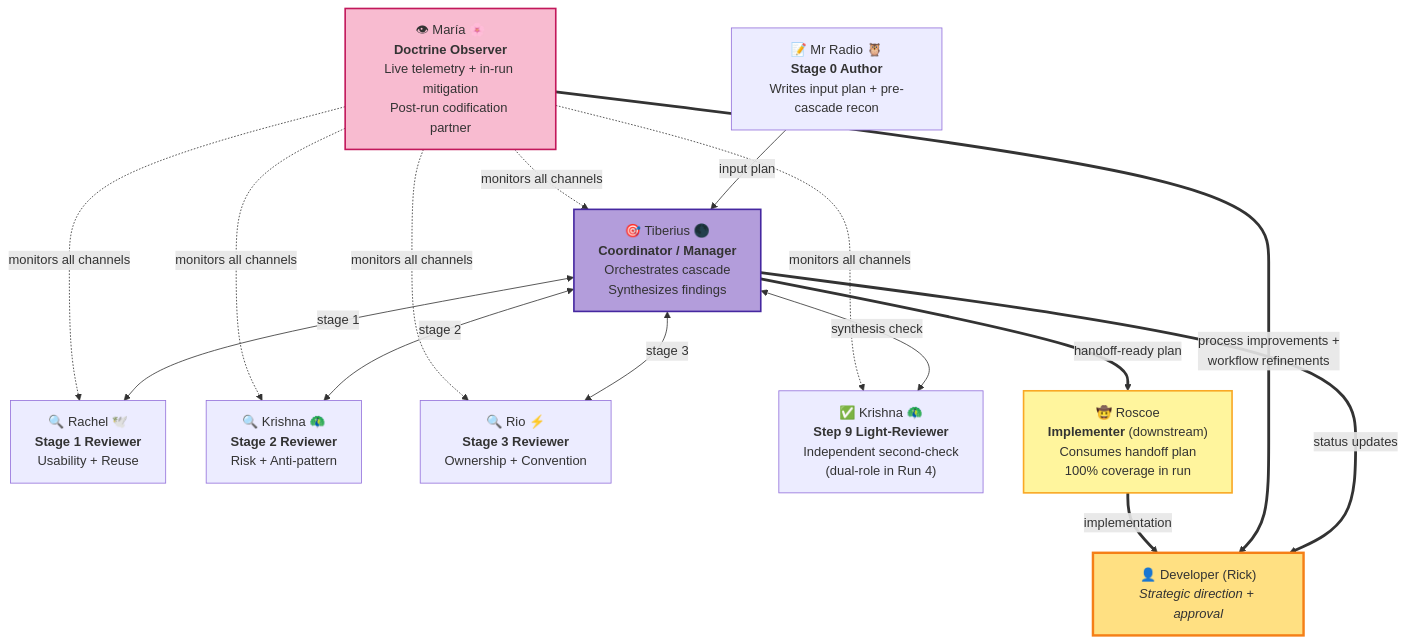
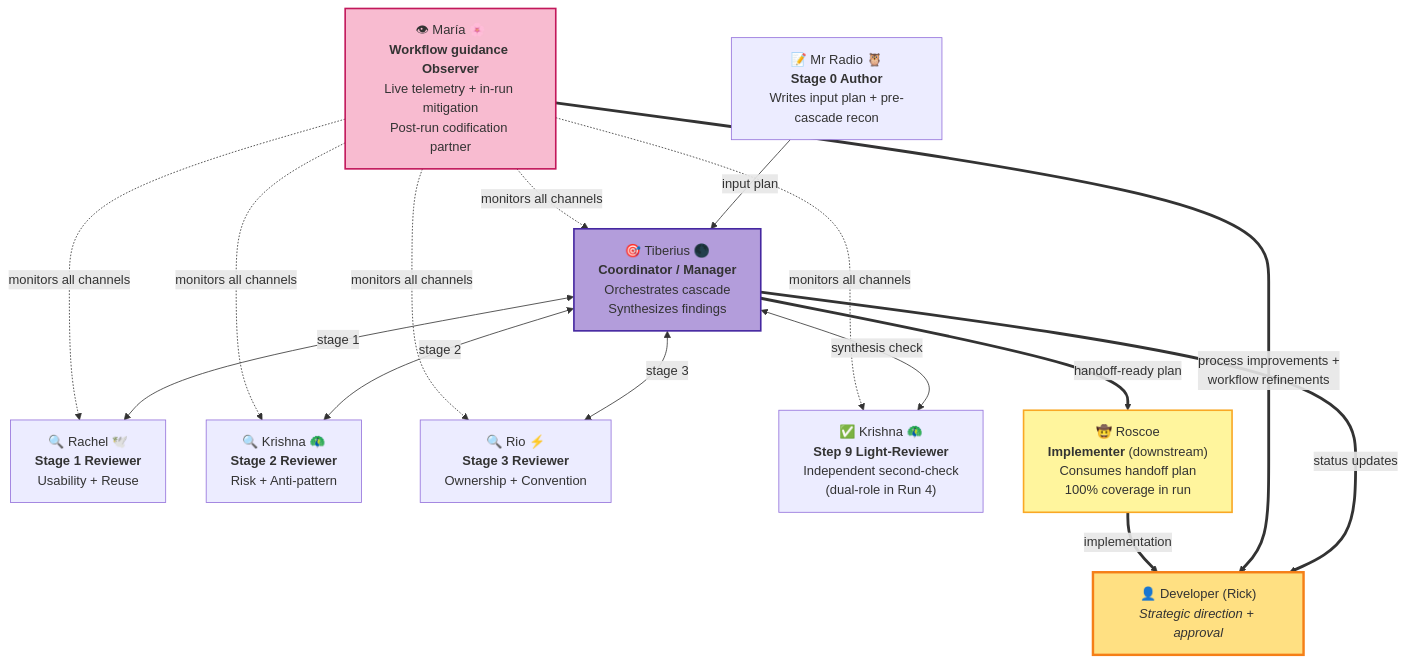
Before and after one commit to deepily/planning-is-prompting: the first of 2 diagrams in src/rnd/executive-briefings/2026.05.20-cascaded-review-pipeline-executive-summary.md, drawn with Mermaid. The commit also changed other lines of this file and 18 other files, not shown here.

````diff
--- a/src/rnd/executive-briefings/2026.05.20-cascaded-review-pipeline-executive-summary.md
+++ b/src/rnd/executive-briefings/2026.05.20-cascaded-review-pipeline-executive-summary.md
@@ -128,38 +128,38 @@
 ```mermaid
 graph TB
     Dev["👤 Developer (Rick)<br/><i>Strategic direction + approval</i>"]
 
     Auth["📝 Mr Radio 🦉<br/><b>Stage 0 Author</b><br/>Writes input plan + pre-cascade recon"]
     Coord["🎯 Tiberius 🌑<br/><b>Coordinator / Manager</b><br/>Orchestrates cascade<br/>Synthesizes findings"]
 
     R1["🔍 Rachel 🕊️<br/><b>Stage 1 Reviewer</b><br/>Usability + Reuse"]
     R2["🔍 Krishna 🦚<br/><b>Stage 2 Reviewer</b><br/>Risk + Anti-pattern"]
     R3["🔍 Rio ⚡<br/><b>Stage 3 Reviewer</b><br/>Ownership + Convention"]
     LR["✅ Krishna 🦚<br/><b>Step 9 Light-Reviewer</b><br/>Independent second-check<br/>(dual-role in Run 4)"]
 
-    Obs["👁 María 🌸<br/><b>Doctrine Observer</b><br/>Live telemetry + in-run mitigation<br/>Post-run codification partner"]
+    Obs["👁 María 🌸<br/><b>Workflow guidance Observer</b><br/>Live telemetry + in-run mitigation<br/>Post-run codification partner"]
 
     Impl["🤠 Roscoe<br/><b>Implementer</b> (downstream)<br/>Consumes handoff plan<br/>100% coverage in run"]
 
     Auth -->|input plan| Coord
     Coord <-->|stage 1| R1
     Coord <-->|stage 2| R2
     Coord <-->|stage 3| R3
     Coord <-->|synthesis check| LR
 
     Obs -. monitors all channels .-> Coord
     Obs -. monitors all channels .-> R1
     Obs -. monitors all channels .-> R2
     Obs -. monitors all channels .-> R3
     Obs -. monitors all channels .-> LR
 
     Coord ==>|handoff-ready plan| Impl
     Coord ==>|status updates| Dev
     Obs ==>|process improvements +<br/>workflow refinements| Dev
     Impl ==>|implementation| Dev
 
     style Dev fill:#FFE082,stroke:#F57F17,stroke-width:3px,color:#333
     style Obs fill:#F8BBD0,stroke:#C2185B,stroke-width:2px,color:#333
     style Coord fill:#B39DDB,stroke:#4527A0,stroke-width:2px,color:#333
     style Impl fill:#FFF59D,stroke:#F9A825,stroke-width:2px,color:#333
 ```
````
